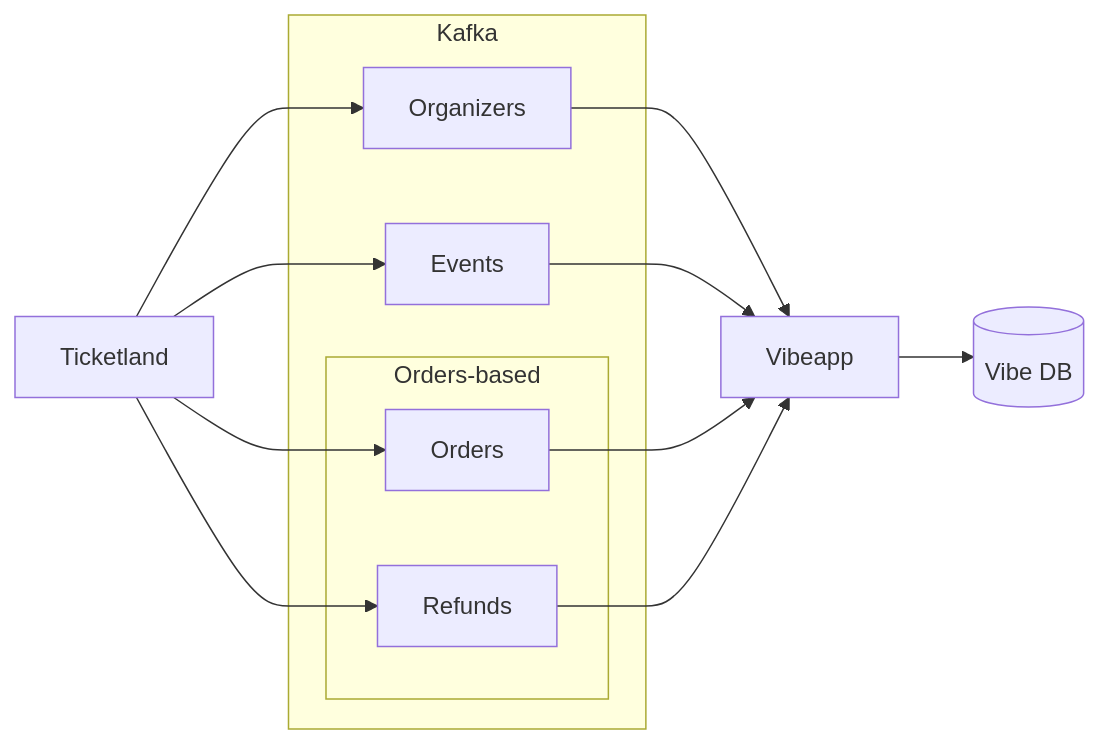
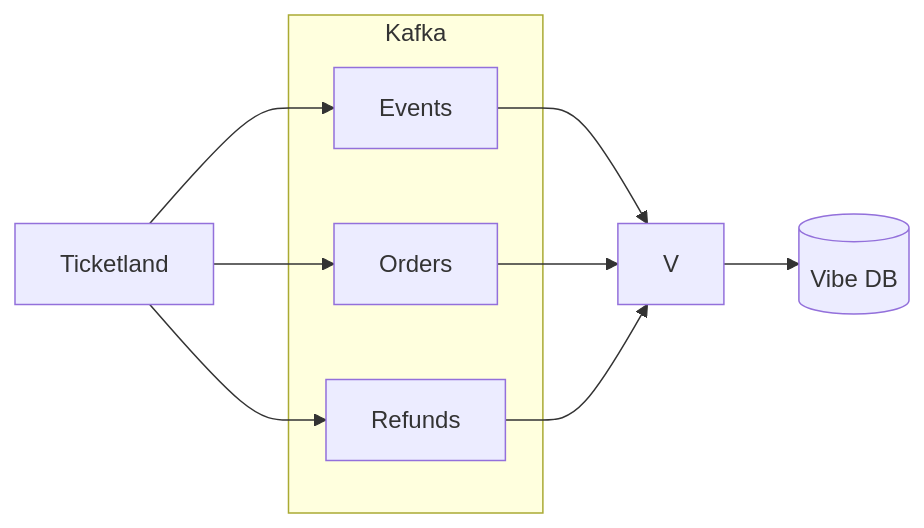
One commit to ticketscloud/vibe-integration changed the diagram in README.md. Above: the diagram before and after it, drawn with Mermaid. The commit also changed other lines of this file, not shown here.

````diff
--- a/README.md
+++ b/README.md
@@ -8,27 +8,20 @@
 ```mermaid
 flowchart LR
     TL[Ticketland]
 
     subgraph Kafka
-        O[Organizers]
         E[Events]
-
-        subgraph Orders-based
-            OR[Orders]
-            R[Refunds]
-        end
-
+        OR[Orders]
+        R[Refunds]
     end
 
-    TL --> O
     TL --> E
     TL --> OR
     TL --> R
 
-    O --> V[Vibeapp]
     E --> V
     OR --> V
     R --> V
 
     V --> DB[(Vibe DB)]
 ```
````
